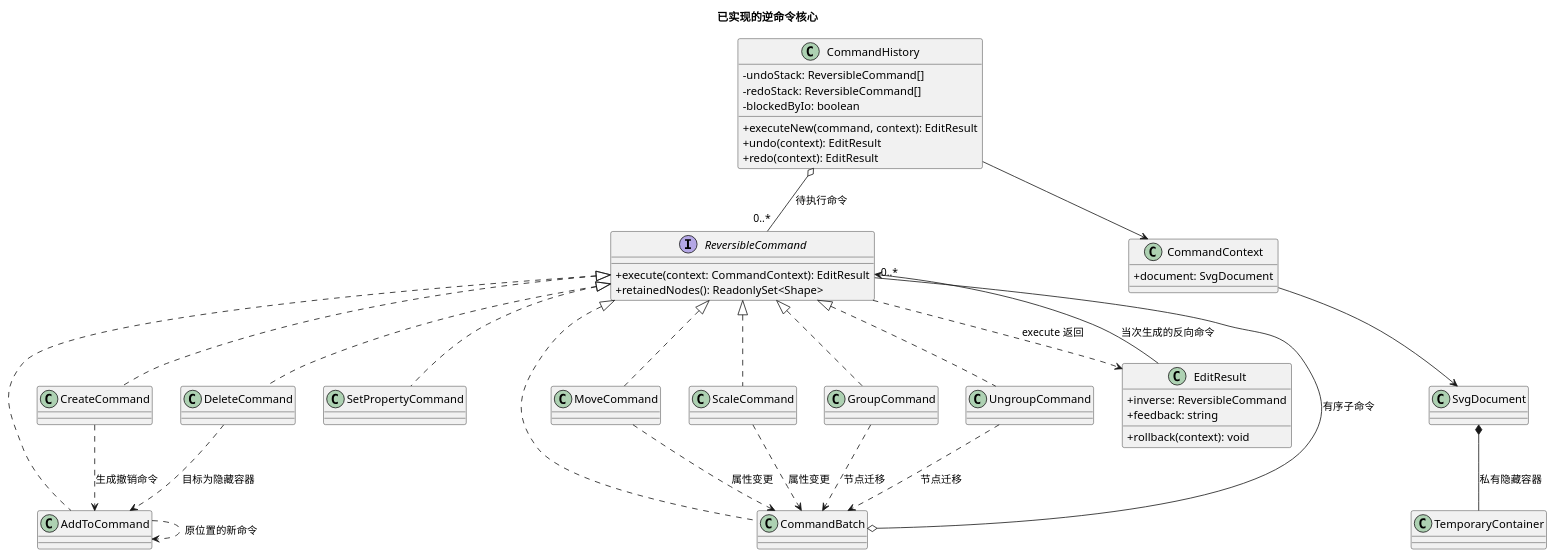
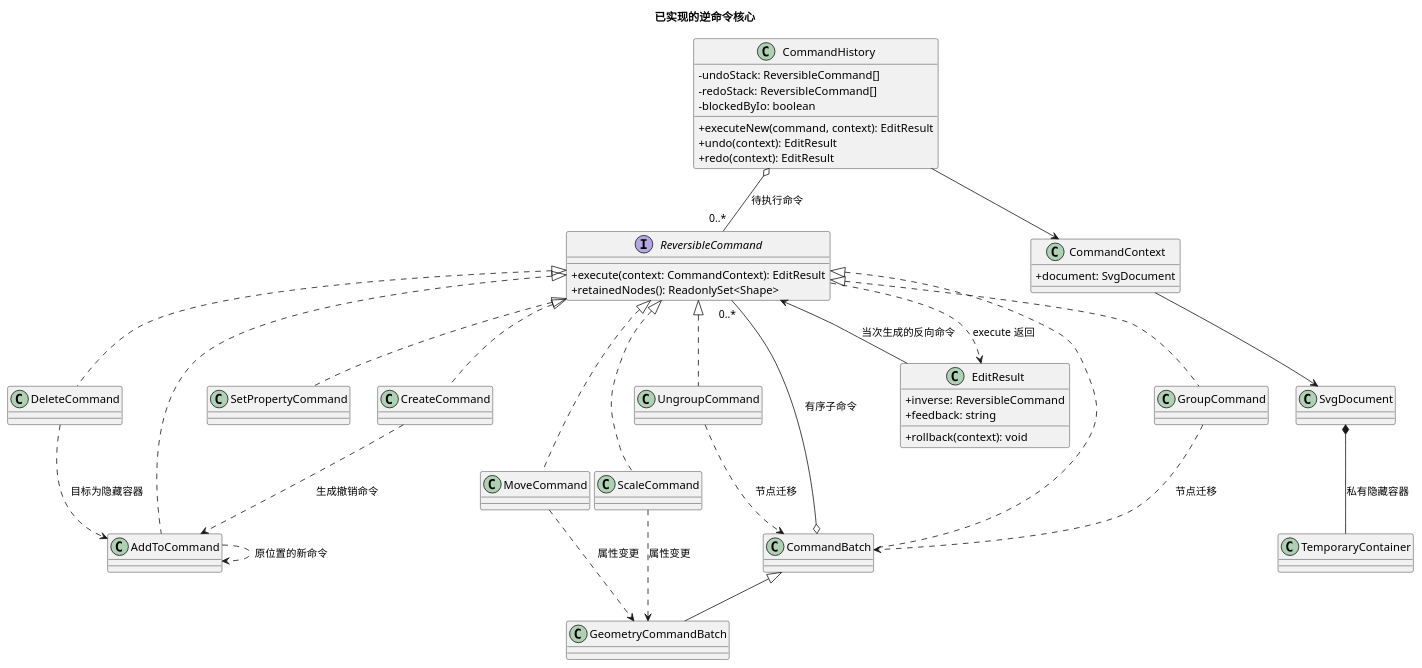
The second of 3 diagrams in doc/README.md (x-J-beta/svg-cli-command-core), drawn with PlantUML before and after one commit. The commit also changed other lines of this file and 12 other files, not shown here.

````diff
--- a/doc/README.md
+++ b/doc/README.md
@@ -103,50 +103,51 @@
 ```plantuml
 @startuml
 title 已实现的逆命令核心
 skinparam classAttributeIconSize 0
 
 interface ReversibleCommand {
   +execute(context: CommandContext): EditResult
   +retainedNodes(): ReadonlySet<Shape>
 }
 ReversibleCommand <|.. AddToCommand
 ReversibleCommand <|.. CreateCommand
 ReversibleCommand <|.. DeleteCommand
 ReversibleCommand <|.. SetPropertyCommand
 ReversibleCommand <|.. CommandBatch
 ReversibleCommand <|.. MoveCommand
 ReversibleCommand <|.. ScaleCommand
 ReversibleCommand <|.. GroupCommand
 ReversibleCommand <|.. UngroupCommand
+CommandBatch <|-- GeometryCommandBatch
 class EditResult {
   +inverse: ReversibleCommand
   +feedback: string
   +rollback(context): void
 }
 class CommandContext {
   +document: SvgDocument
 }
 class CommandHistory {
   -undoStack: ReversibleCommand[]
   -redoStack: ReversibleCommand[]
   -blockedByIo: boolean
   +executeNew(command, context): EditResult
   +undo(context): EditResult
   +redo(context): EditResult
 }
 EditResult --> ReversibleCommand : 当次生成的反向命令
 ReversibleCommand ..> EditResult : execute 返回
 CommandHistory o-- "0..*" ReversibleCommand : 待执行命令
 CommandHistory --> CommandContext
 CommandContext --> SvgDocument
 SvgDocument *-- TemporaryContainer : 私有隐藏容器
 DeleteCommand ..> AddToCommand : 目标为隐藏容器
 CreateCommand ..> AddToCommand : 生成撤销命令
 AddToCommand ..> AddToCommand : 原位置的新命令
 CommandBatch o-- "0..*" ReversibleCommand : 有序子命令
-MoveCommand ..> CommandBatch : 属性变更
-ScaleCommand ..> CommandBatch : 属性变更
+MoveCommand ..> GeometryCommandBatch : 属性变更
+ScaleCommand ..> GeometryCommandBatch : 属性变更
 GroupCommand ..> CommandBatch : 节点迁移
 UngroupCommand ..> CommandBatch : 节点迁移
 @enduml
 ```
````
